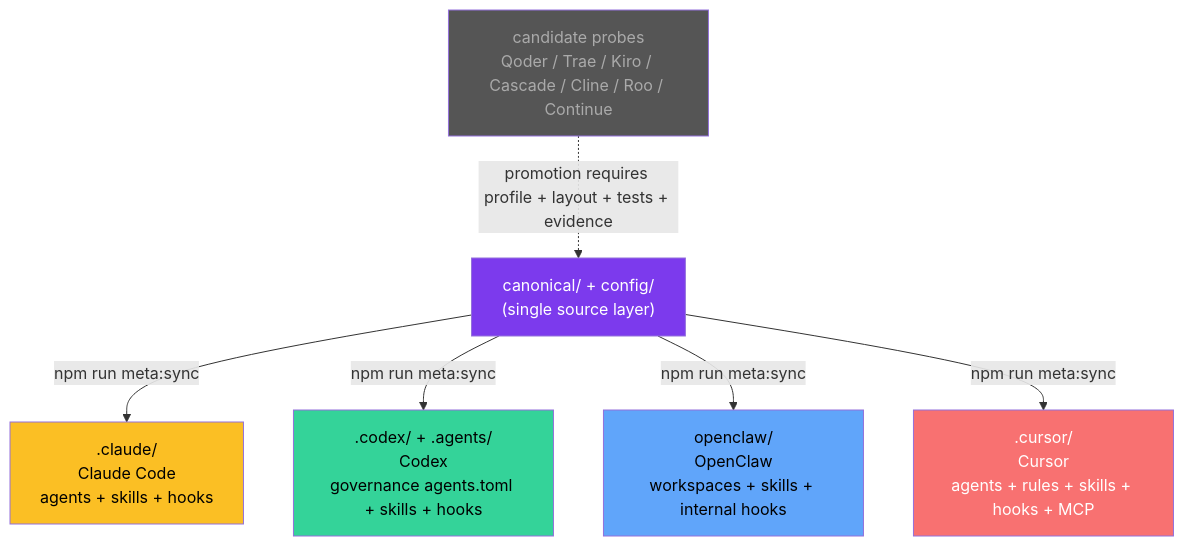
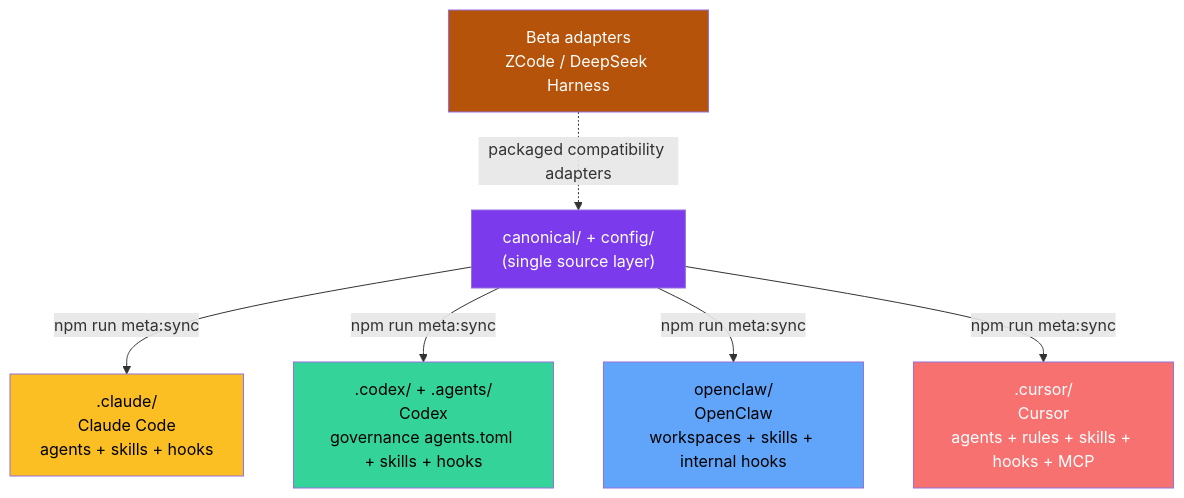
One commit to KimYx0207/Meta_Kim changed the eighth of 9 diagrams in README.md. Above: the diagram before and after it, drawn with Mermaid. The commit also changed other lines of this file and 29 other files, not shown here.

Commit message:
feat: add beta runtime compatibility adapters

````diff
--- a/README.md
+++ b/README.md
@@ -615,18 +619,18 @@
 ```mermaid
 flowchart TB
     CANONICAL["canonical/ + config/<br/>(single source layer)"]
 
     CANONICAL --> |npm run meta:sync| CLAUDE[".claude/<br/>Claude Code<br/>agents + skills + hooks"]
     CANONICAL --> |npm run meta:sync| CODEX[".codex/ + .agents/<br/>Codex<br/>governance agents.toml + skills + hooks"]
     CANONICAL --> |npm run meta:sync| OPENCLAW["openclaw/<br/>OpenClaw<br/>workspaces + skills + internal hooks"]
     CANONICAL --> |npm run meta:sync| CURSOR[".cursor/<br/>Cursor<br/>agents + rules + skills + hooks + MCP"]
 
-    CANDIDATE["candidate probes<br/>Qoder / Trae / Kiro / Cascade / Cline / Roo / Continue"] -.-> |promotion requires profile + layout + tests + evidence| CANONICAL
+    BETA["Beta adapters<br/>ZCode / DeepSeek Harness"] -.-> |packaged compatibility adapters| CANONICAL
 
     style CANONICAL fill:#7c3aed,color:#fff
     style CLAUDE fill:#fbbf24,color:#000
     style CODEX fill:#34d399,color:#000
     style OPENCLAW fill:#60a5fa,color:#000
     style CURSOR fill:#f87171,color:#fff
-    style CANDIDATE fill:#555,color:#aaa
+    style BETA fill:#b45309,color:#fff
 ```
````
